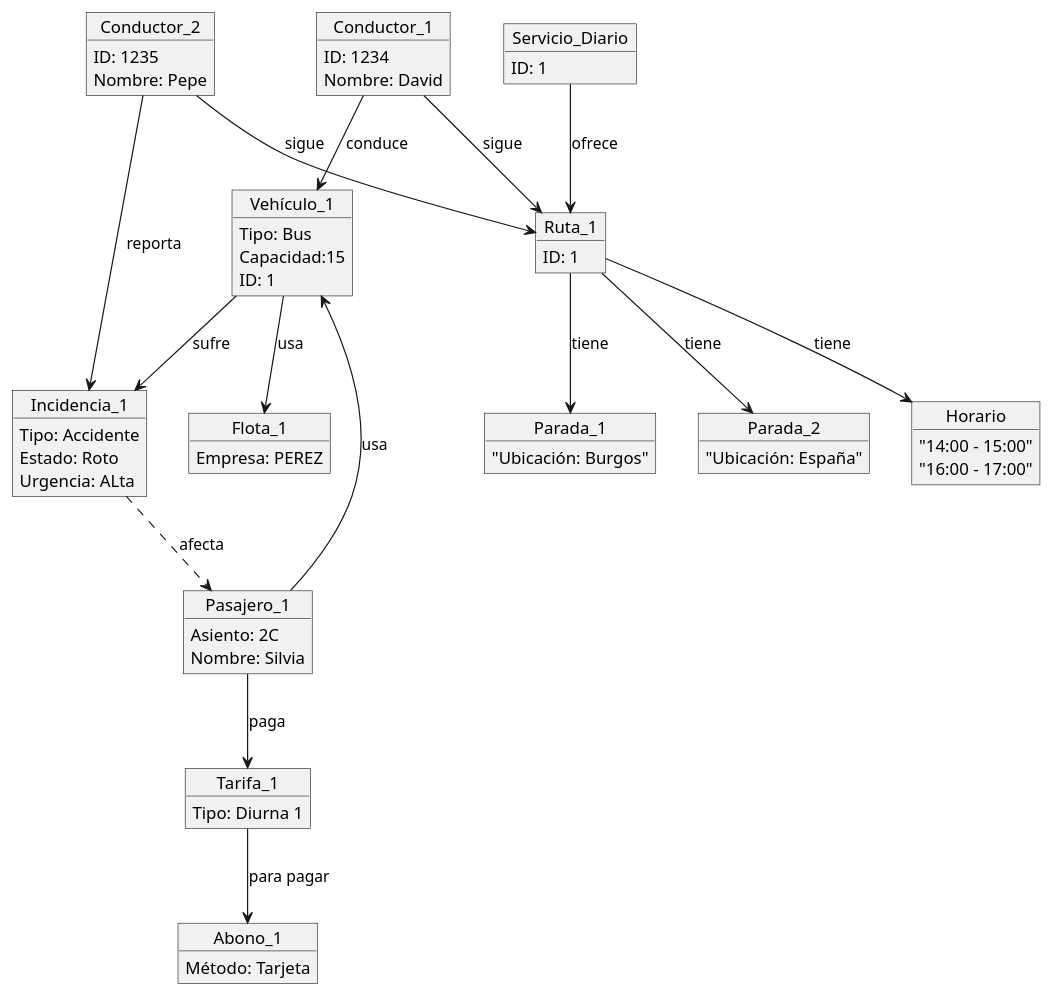
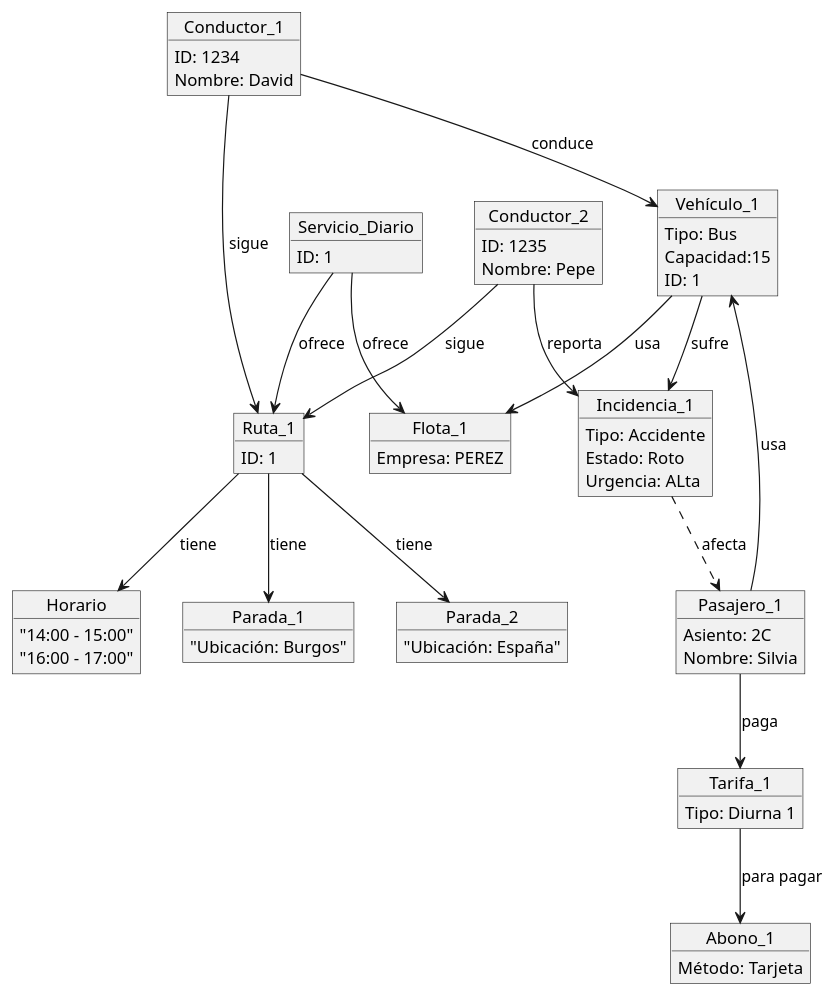
The diagram in modelosUML/DiagramaObjetosExamen.puml (Ingenieria-Informatica-UNEATLANTICO/app-actividad-post-parcial-DavidGarciaCosta), drawn with PlantUML before and after one commit. The commit also changed 1 other file, not shown here.

```diff
--- a/modelosUML/DiagramaObjetosExamen.puml
+++ b/modelosUML/DiagramaObjetosExamen.puml
@@ -1,85 +1,86 @@
 @startuml DiagramaDeObjetosOriginal
 
 hide circle
 hide empty members
 
 object Servicio_Diario {
     ID: 1
 }
 
 object Ruta_1 {
     ID: 1
 }
 
 object Horario {
     "14:00 - 15:00"
     "16:00 - 17:00"
 }
 
 object Parada_1 {
     "Ubicación: Burgos"
 }
 
 object Parada_2 {
     "Ubicación: España"
 }
 
 object Conductor_1 {
     ID: 1234
     Nombre: David
 }
 
 object Conductor_2 {
     ID: 1235
     Nombre: Pepe
 }
 
 object Vehículo_1 {
     Tipo: Bus
     Capacidad:15
     ID: 1
 }
 
 object Flota_1 {
     Empresa: PEREZ
 }
 
 object Incidencia_1 {
     Tipo: Accidente
     Estado: Roto
     Urgencia: ALta
 }
 
 object Pasajero_1 {
     Asiento: 2C
     Nombre: Silvia
 }
 
 
 object Tarifa_1 {
     Tipo: Diurna 1
 }
 
 
 object Abono_1 {
     Método: Tarjeta
 }
 
 
 
 Servicio_Diario --> Ruta_1 : "ofrece"
+Servicio_Diario --> Flota_1: "ofrece"
 Ruta_1 --> Parada_1 : "tiene"
 Ruta_1 --> Parada_2 : "tiene"
 Ruta_1 --> Horario : "tiene"
 Conductor_1 --> Ruta_1 : "sigue"
 Conductor_2 --> Ruta_1 : "sigue"
 Conductor_1 --> Vehículo_1 : "conduce"
 Vehículo_1 --> Flota_1 : "usa"
 Vehículo_1 --> Incidencia_1 : "sufre"
 Conductor_2 --> Incidencia_1 : "reporta"
 Incidencia_1 ..> Pasajero_1 : "afecta"
 Pasajero_1 --> Vehículo_1 : "usa"
 Pasajero_1 --> Tarifa_1 : "paga"
 Tarifa_1 --> Abono_1 : "para pagar"
 
 @enduml
```
